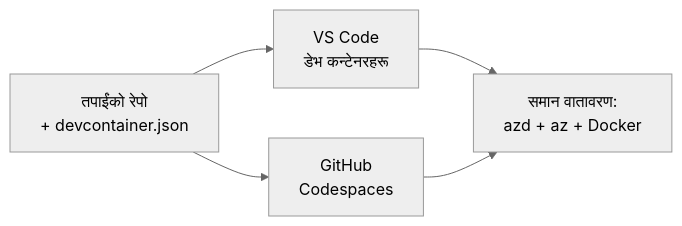
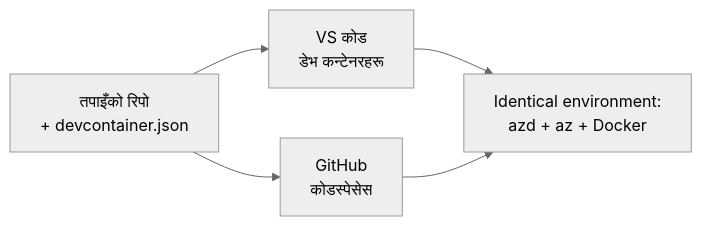
Before and after one commit to microsoft/AZD-for-beginners: the diagram in translations/ne/docs/chapter-01-foundation/dev-containers.md, drawn with Mermaid (neutral theme). The commit also changed other lines of this file and 62 other files, not shown here.

````diff
--- a/translations/ne/docs/chapter-01-foundation/dev-containers.md
+++ b/translations/ne/docs/chapter-01-foundation/dev-containers.md
@@ -41,7 +41,7 @@
 ```mermaid
 graph LR
-    Repo[तपाईंको रेपो<br/>+ devcontainer.json] --> VSCode[VS Code<br/>डेभ कन्टेनरहरू]
-    Repo --> Codespaces[GitHub<br/>Codespaces]
-    VSCode --> Env[समान वातावरण:<br/>azd + az + Docker]
+    Repo[तपाइँको रिपो<br/>+ devcontainer.json] --> VSCode[VS कोड<br/>डेभ कन्टेनरहरू]
+    Repo --> Codespaces[GitHub<br/>कोडस्पेसेस]
+    VSCode --> Env[Identical environment:<br/>azd + az + Docker]
     Codespaces --> Env
 ```
````
